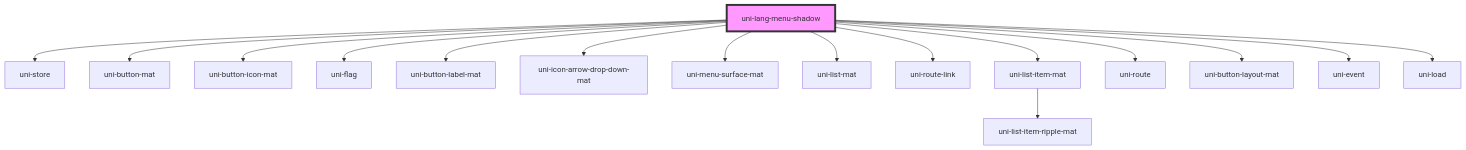
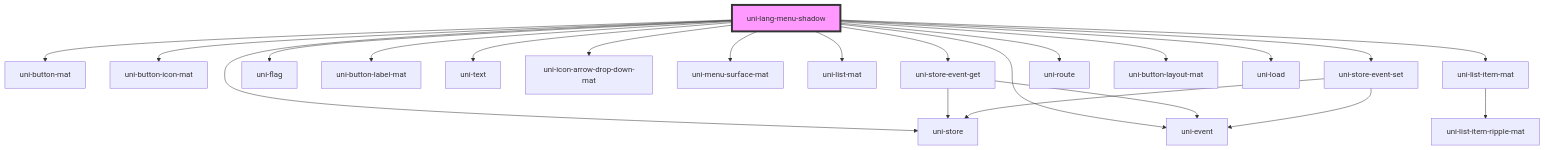
Before and after one commit to uiregex/uni-localize: the diagram in src/lang-menu/components/shadow/readme.md, drawn with Mermaid. The commit also changed other lines of this file and 6 other files, not shown here.

````diff
--- a/src/lang-menu/components/shadow/readme.md
+++ b/src/lang-menu/components/shadow/readme.md
@@ -45,19 +47,25 @@
 ```mermaid
 graph TD;
   uni-lang-menu-shadow --> uni-store
   uni-lang-menu-shadow --> uni-button-mat
   uni-lang-menu-shadow --> uni-button-icon-mat
+  uni-lang-menu-shadow --> uni-store-event-get
   uni-lang-menu-shadow --> uni-flag
   uni-lang-menu-shadow --> uni-button-label-mat
+  uni-lang-menu-shadow --> uni-text
   uni-lang-menu-shadow --> uni-icon-arrow-drop-down-mat
   uni-lang-menu-shadow --> uni-menu-surface-mat
   uni-lang-menu-shadow --> uni-list-mat
-  uni-lang-menu-shadow --> uni-route-link
+  uni-lang-menu-shadow --> uni-store-event-set
   uni-lang-menu-shadow --> uni-list-item-mat
   uni-lang-menu-shadow --> uni-route
   uni-lang-menu-shadow --> uni-button-layout-mat
   uni-lang-menu-shadow --> uni-event
   uni-lang-menu-shadow --> uni-load
+  uni-store-event-get --> uni-event
+  uni-store-event-get --> uni-store
+  uni-store-event-set --> uni-event
+  uni-store-event-set --> uni-store
   uni-list-item-mat --> uni-list-item-ripple-mat
   style uni-lang-menu-shadow fill:#f9f,stroke:#333,stroke-width:4px
 ```
````
